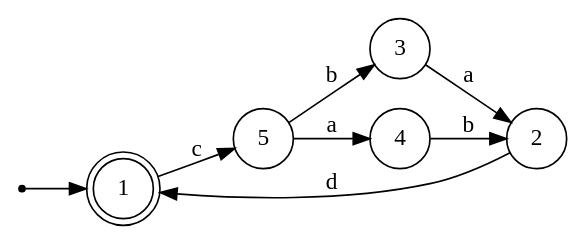
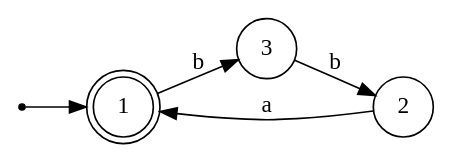
Before and after one commit to pentagonalize/crasp_reg: the diagram in drawings/my_dfa.dot, drawn with Graphviz. The commit also changed 15 other files, not shown here.

```diff
--- a/drawings/my_dfa.dot
+++ b/drawings/my_dfa.dot
@@ -1,17 +1,12 @@
 digraph DFA {
 rankdir=LR;
 node [shape=circle];
 1 [shape=doublecircle];
 2 [shape=circle];
 3 [shape=circle];
-4 [shape=circle];
-5 [shape=circle];
-1 -> 5 [label="c"];
-2 -> 1 [label="d"];
-3 -> 2 [label="a"];
-4 -> 2 [label="b"];
-5 -> 4 [label="a"];
-5 -> 3 [label="b"];
+1 -> 3 [label="b"];
+2 -> 1 [label="a"];
+3 -> 2 [label="b"];
 _start [shape=point, label=""];
 _start -> 1;
 }
```
